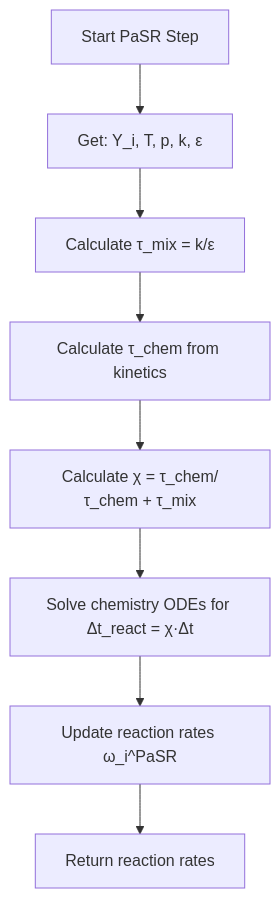
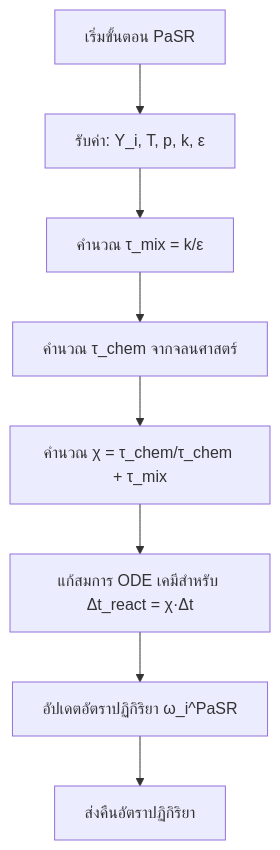
One commit to wramet/build-my-cfd changed the second of 5 diagrams in MODULE_06_ADVANCED_PHYSICS/CONTENT/03_REACTING_FLOWS/03_Combustion_Models.md. Above: the diagram before and after it, drawn with Mermaid. The commit also changed other lines of this file and 104 other files, not shown here.

````diff
--- a/MODULE_06_ADVANCED_PHYSICS/CONTENT/03_REACTING_FLOWS/03_Combustion_Models.md
+++ b/MODULE_06_ADVANCED_PHYSICS/CONTENT/03_REACTING_FLOWS/03_Combustion_Models.md
@@ -106,10 +106,10 @@
 ```mermaid
 flowchart TD
-    Start[Start PaSR Step] --> Input[Get: Y_i, T, p, k, ε]
-    Input --> CalcMix[Calculate τ_mix = k/ε]
-    CalcMix --> CalcChem[Calculate τ_chem from kinetics]
-    CalcChem --> CalcChi[Calculate χ = τ_chem/τ_chem + τ_mix]
-    CalcChi --> SolveChem[Solve chemistry ODEs for Δt_react = χ·Δt]
-    SolveChem --> UpdateRates[Update reaction rates ω_i^PaSR]
-    UpdateRates --> End[Return reaction rates]
+    Start[เริ่มขั้นตอน PaSR] --> Input[รับค่า: Y_i, T, p, k, ε]
+    Input --> CalcMix[คำนวณ τ_mix = k/ε]
+    CalcMix --> CalcChem[คำนวณ τ_chem จากจลนศาสตร์]
+    CalcChem --> CalcChi[คำนวณ χ = τ_chem/τ_chem + τ_mix]
+    CalcChi --> SolveChem[แก้สมการ ODE เคมีสำหรับ Δt_react = χ·Δt]
+    SolveChem --> UpdateRates[อัปเดตอัตราปฏิกิริยา ω_i^PaSR]
+    UpdateRates --> End[ส่งคืนอัตราปฏิกิริยา]
 ```
````
